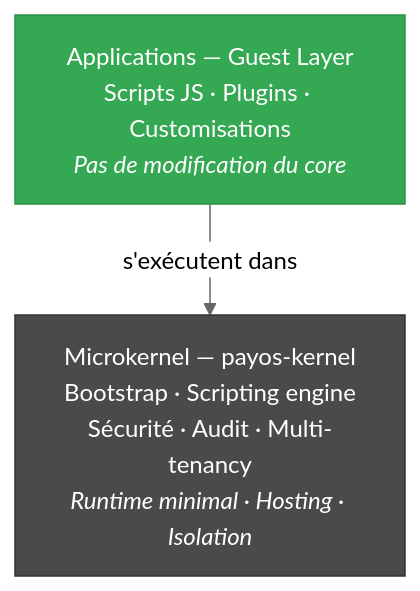
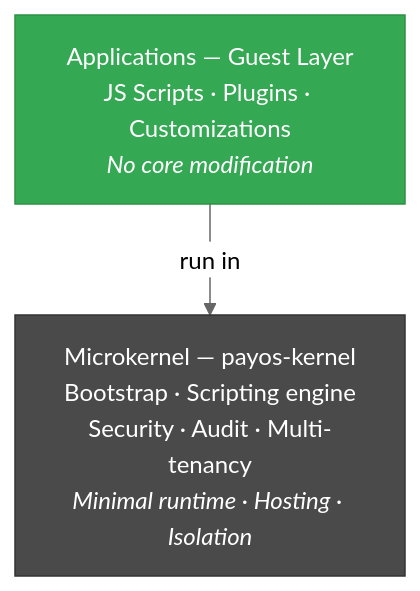
One commit to asebban/payos-docs changed the first of 2 diagrams in architecture/architecture-style.md. Above: the diagram before and after it, drawn with Mermaid (neutral theme). The commit also changed other lines of this file and 23 other files, not shown here.

````diff
--- a/architecture/architecture-style.md
+++ b/architecture/architecture-style.md
@@ -10,10 +10,10 @@
 ```mermaid
 graph TB
-    GL["Applications — Guest Layer<br/>Scripts JS · Plugins · Customisations<br/><i>Pas de modification du core</i>"]
-    MK["Microkernel — payos-kernel<br/>Bootstrap · Scripting engine<br/>Sécurité · Audit · Multi-tenancy<br/><i>Runtime minimal · Hosting · Isolation</i>"]
+    GL["Applications — Guest Layer<br/>JS Scripts · Plugins · Customizations<br/><i>No core modification</i>"]
+    MK["Microkernel — payos-kernel<br/>Bootstrap · Scripting engine<br/>Security · Audit · Multi-tenancy<br/><i>Minimal runtime · Hosting · Isolation</i>"]
 
-    GL -->|"s'exécutent dans"| MK
+    GL -->|"run in"| MK
 
     style GL fill:#34a853,color:#fff,stroke:#2d9145
     style MK fill:#4a4a4a,color:#fff,stroke:#333
 ```
````
